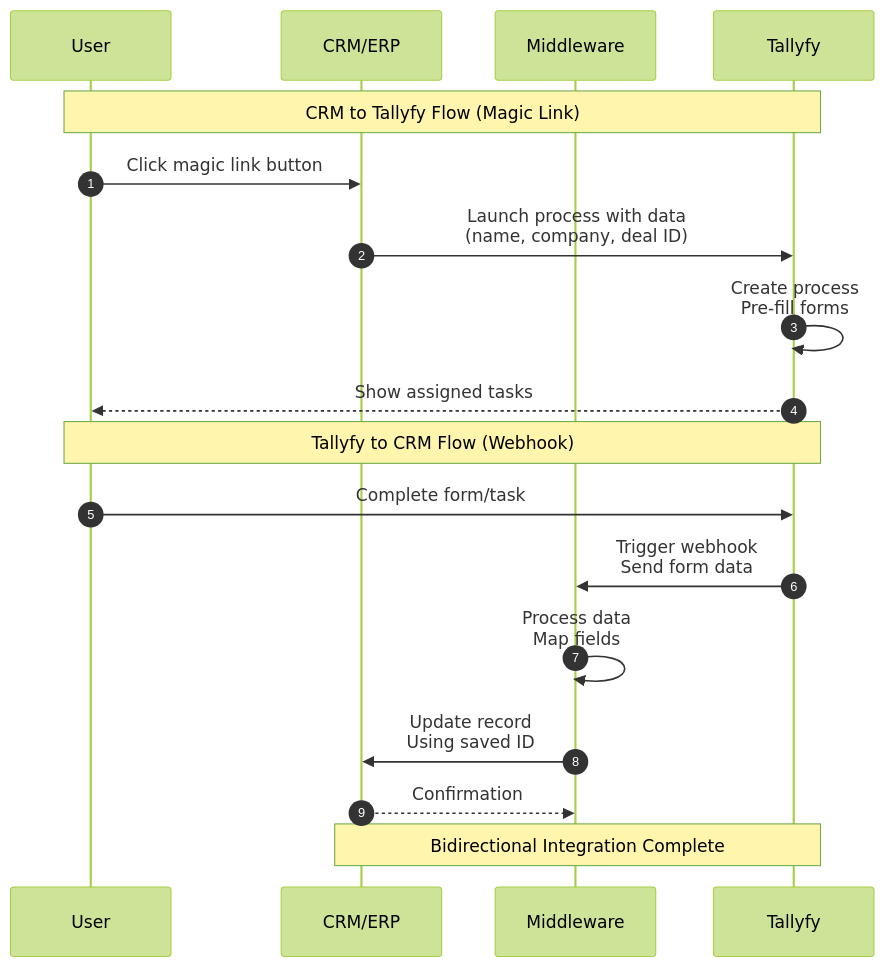
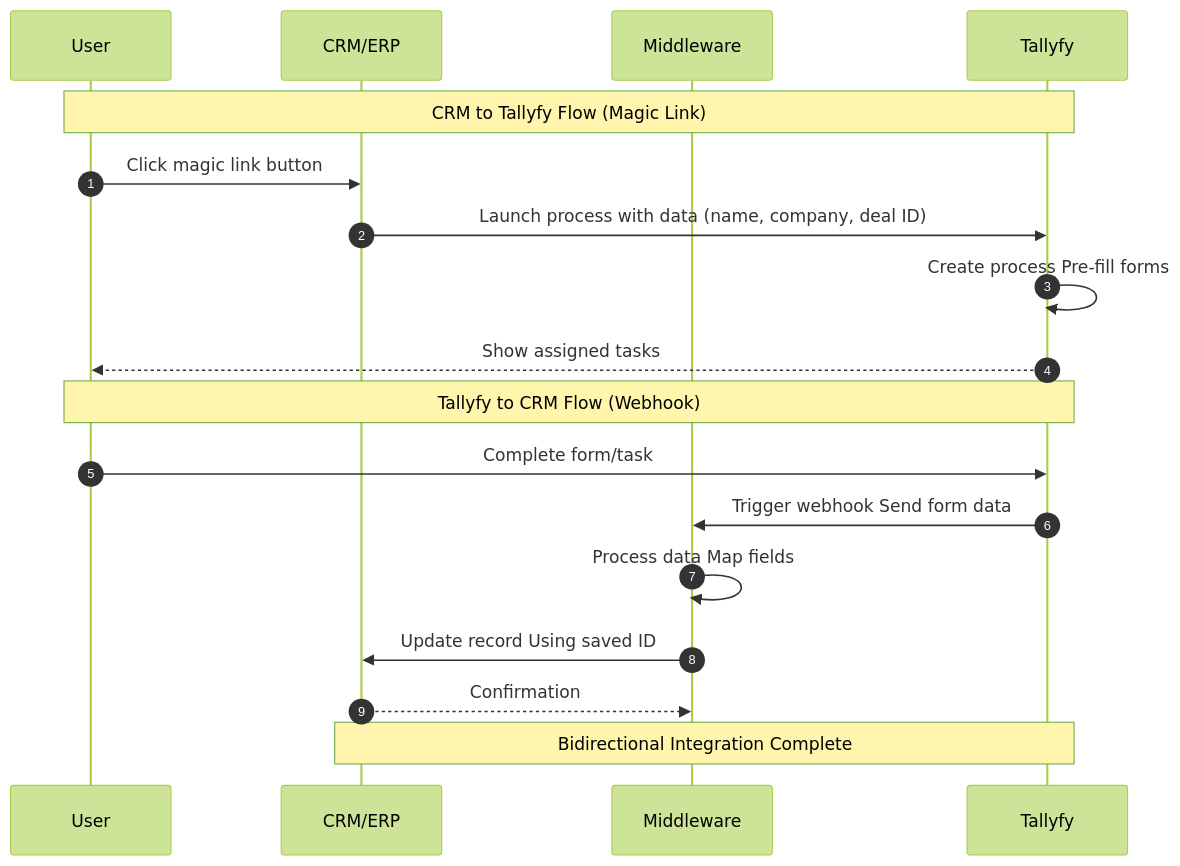
One commit to tallyfy/documentation changed the diagram in src/content/docs/pro/integrations/middleware/integrate-into-crm.mdx. Above: the diagram before and after it, drawn with Mermaid. The commit also changed 46 other files, not shown here.

Commit message:
Update Mermaid notation

````diff
--- a/src/content/docs/pro/integrations/middleware/integrate-into-crm.mdx
+++ b/src/content/docs/pro/integrations/middleware/integrate-into-crm.mdx
@@ -89,24 +89,24 @@
 ```mermaid
 %%{init: {'theme':'forest'}}%%
 sequenceDiagram
-    autonumber
-    participant U as User
-    participant CRM as CRM/ERP
-    participant MW as Middleware
-    participant T as Tallyfy
-    
-    Note over U,T: CRM to Tallyfy Flow (Magic Link)
-    U->>CRM: Click magic link button
-    CRM->>T: Launch process with data<br/>(name, company, deal ID)
-    T->>T: Create process<br/>Pre-fill forms
-    T-->>U: Show assigned tasks
-    
-    Note over U,T: Tallyfy to CRM Flow (Webhook)
-    U->>T: Complete form/task
-    T->>MW: Trigger webhook<br/>Send form data
-    MW->>MW: Process data<br/>Map fields
-    MW->>CRM: Update record<br/>Using saved ID
-    CRM-->>MW: Confirmation
-    
-    Note over CRM,T: Bidirectional Integration Complete
+ autonumber
+ participant U as User
+ participant CRM as CRM/ERP
+ participant MW as Middleware
+ participant T as Tallyfy
+ 
+ Note over U,T: CRM to Tallyfy Flow (Magic Link)
+ U->>CRM: Click magic link button
+ CRM->>T: Launch process with data (name, company, deal ID)
+ T->>T: Create process Pre-fill forms
+ T-->>U: Show assigned tasks
+ 
+ Note over U,T: Tallyfy to CRM Flow (Webhook)
+ U->>T: Complete form/task
+ T->>MW: Trigger webhook Send form data
+ MW->>MW: Process data Map fields
+ MW->>CRM: Update record Using saved ID
+ CRM-->>MW: Confirmation
+ 
+ Note over CRM,T: Bidirectional Integration Complete
 ```
````
